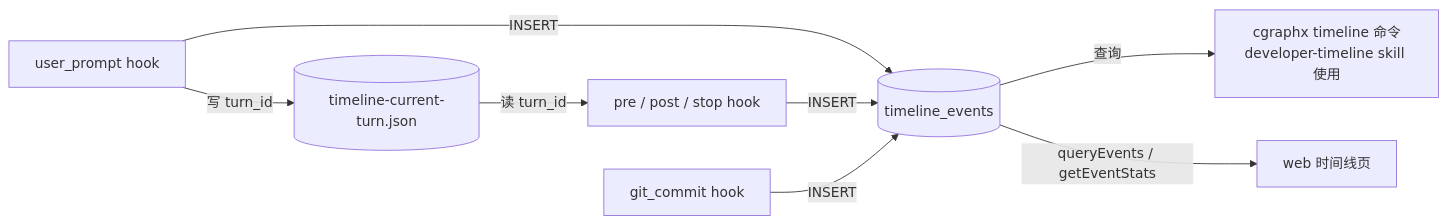
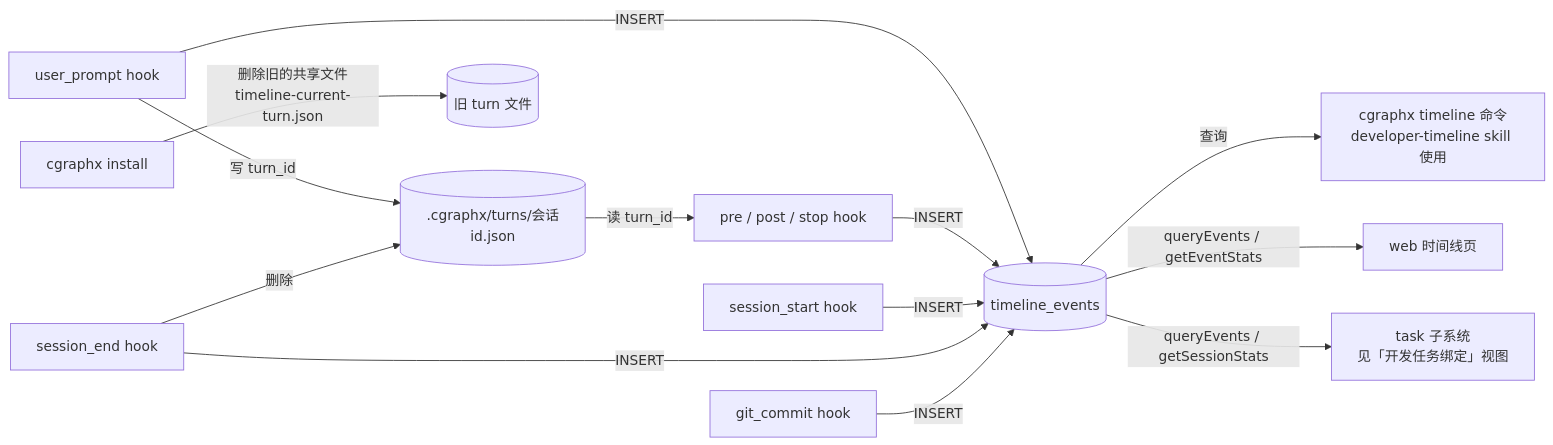
Before and after one commit to smdnkB/cgraphx: the third of 3 diagrams in docs/code-map/flows/开发时间线记录.md, drawn with Mermaid. The commit also changed other lines of this file and 5 other files, not shown here.

First line of the commit message:
docs: 开发任务知识沉淀 + 刷新代码地图

````diff
--- a/docs/code-map/flows/开发时间线记录.md
+++ b/docs/code-map/flows/开发时间线记录.md
@@ -62,10 +88,15 @@
 ```mermaid
 flowchart LR
-  up[user_prompt hook] -- 写 turn_id --> tf[(timeline-current-turn.json)]
+  up[user_prompt hook] -- 写 turn_id --> tf[(.cgraphx/turns/会话id.json)]
   tf -- 读 turn_id --> rest[pre / post / stop hook]
+  se[session_end hook] -- 删除 --> tf
+  inst[cgraphx install] -- 删除旧的共享文件<br/>timeline-current-turn.json --> legacy[(旧 turn 文件)]
   up -- INSERT --> ev[(timeline_events)]
   rest -- INSERT --> ev
+  ss[session_start hook] -- INSERT --> ev
+  se -- INSERT --> ev
   git[git_commit hook] -- INSERT --> ev
   ev -- 查询 --> cli[cgraphx timeline 命令<br/>developer-timeline skill 使用]
   ev -- queryEvents / getEventStats --> web[web 时间线页]
+  ev -- queryEvents / getSessionStats --> task[task 子系统<br/>见「开发任务绑定」视图]
 ```
````
